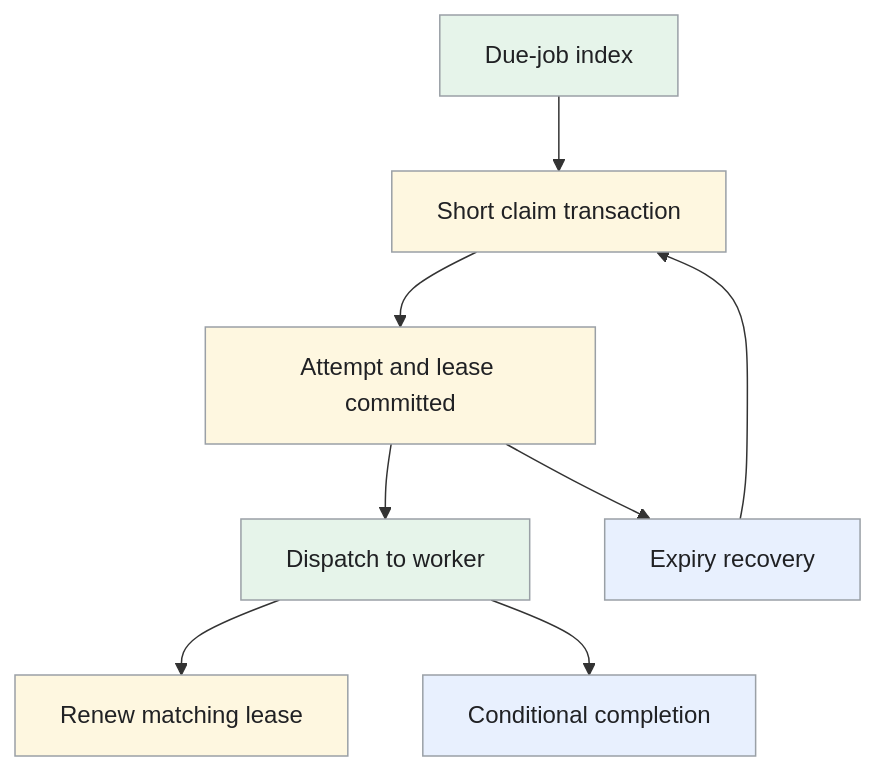
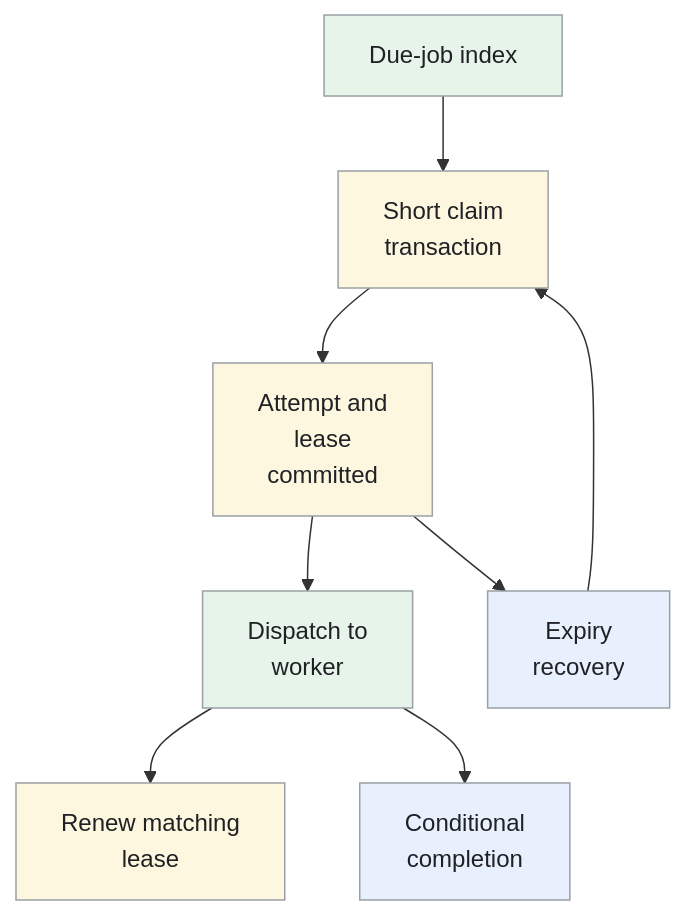
The fourth of 4 diagrams in _designs/system-design-job-scheduler.md (iliazlobin/iliazlobin.github.io), drawn with Mermaid before and after one commit. The commit also changed other lines of this file and 116 other files, not shown here.

````diff
--- a/_designs/system-design-job-scheduler.md
+++ b/_designs/system-design-job-scheduler.md
@@ -248,16 +277,16 @@
 ```mermaid
 flowchart TB
-  D["Due-job index"] --> C["Short claim transaction"]
-  C --> L["Attempt and lease committed"]
-  L --> W["Dispatch to worker"]
-  W --> H["Renew matching lease"]
-  W --> F["Conditional completion"]
-  L --> E["Expiry recovery"]
+  D["Due-job index"] --> C["Short claim<br>transaction"]
+  C --> L["Attempt and<br>lease<br>committed"]
+  L --> W["Dispatch to<br>worker"]
+  W --> H["Renew matching<br>lease"]
+  W --> F["Conditional<br>completion"]
+  L --> E["Expiry<br>recovery"]
   E --> C
   classDef request fill:#e8f0fe,stroke:#9aa0a6,color:#202124,stroke-width:1px
   classDef background fill:#e6f4ea,stroke:#9aa0a6,color:#202124,stroke-width:1px
   classDef control fill:#fef7e0,stroke:#9aa0a6,color:#202124,stroke-width:1px
   class F,E request
   class D,W background
   class C,L,H control
 ```
````
